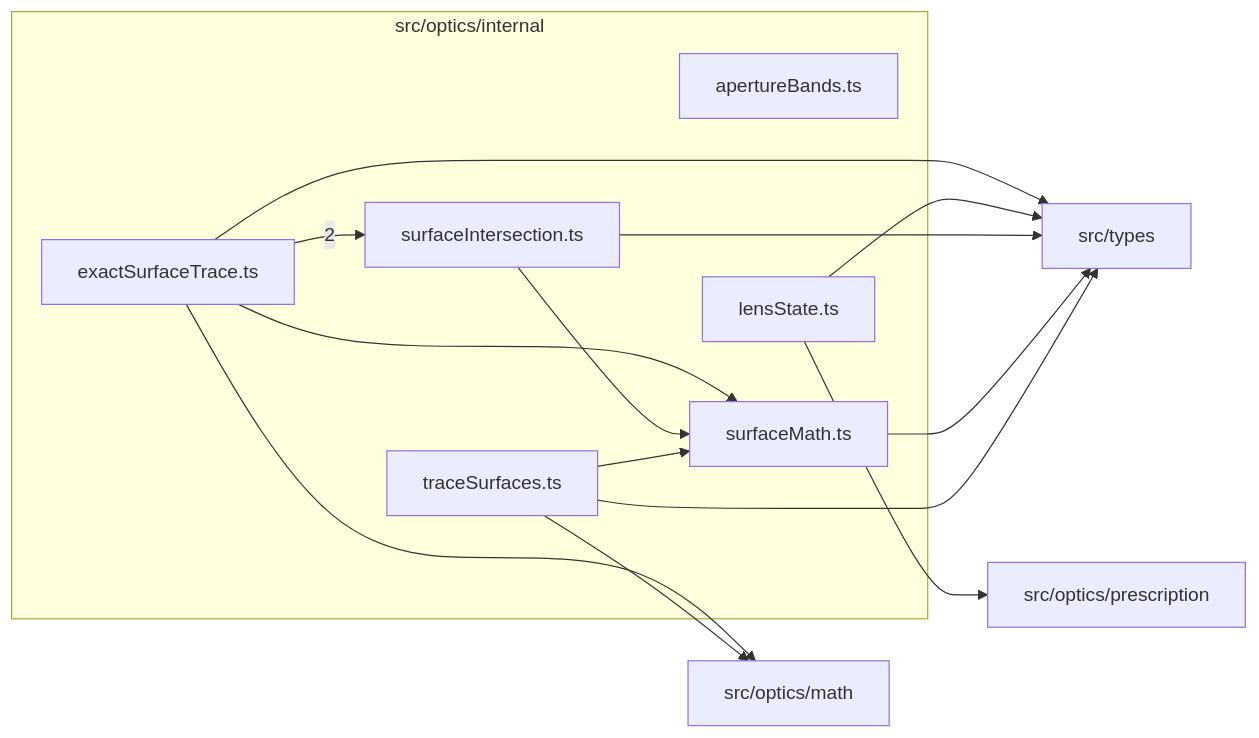
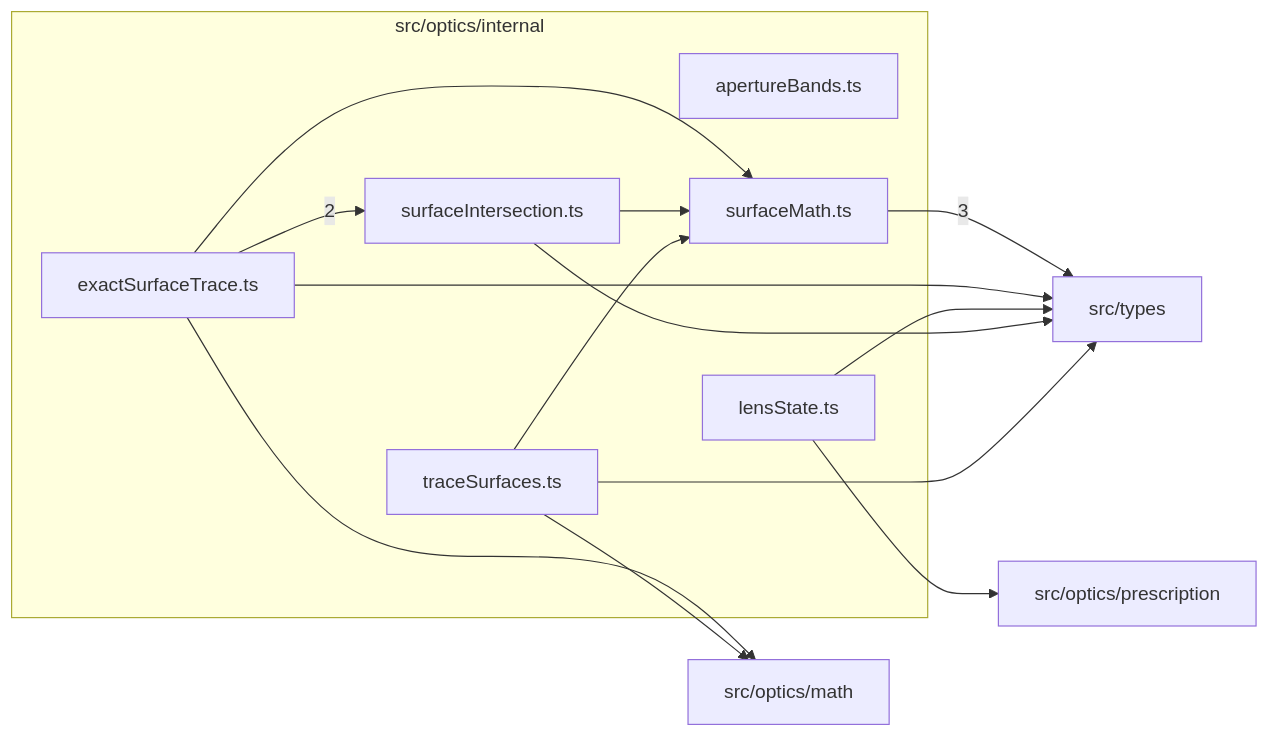
Before and after one commit to ronbuening/LensVisualizer: the diagram in src/optics/internal/readme.md, drawn with Mermaid. The commit also changed other lines of this file and 17 other files, not shown here.

First line of the commit message:
N5: single-source the aspheric coefficient schema

````diff
--- a/src/optics/internal/readme.md
+++ b/src/optics/internal/readme.md
@@ -9,26 +9,26 @@
 ```mermaid
 flowchart LR
   subgraph n_src_optics_internal["src/optics/internal"]
     n_src_optics_internal_src_optics_internal_apertureBands_ts["apertureBands.ts"]
     n_src_optics_internal_src_optics_internal_exactSurfaceTrace_ts["exactSurfaceTrace.ts"]
     n_src_optics_internal_src_optics_internal_lensState_ts["lensState.ts"]
     n_src_optics_internal_src_optics_internal_surfaceIntersection_ts["surfaceIntersection.ts"]
     n_src_optics_internal_src_optics_internal_surfaceMath_ts["surfaceMath.ts"]
     n_src_optics_internal_src_optics_internal_traceSurfaces_ts["traceSurfaces.ts"]
   end
+  n_external_src_types["src/types"]
   n_external_src_optics_math["src/optics/math"]
   n_external_src_optics_prescription["src/optics/prescription"]
-  n_external_src_types["src/types"]
+  n_src_optics_internal_src_optics_internal_surfaceMath_ts --> |3| n_external_src_types
   n_src_optics_internal_src_optics_internal_exactSurfaceTrace_ts --> |2| n_src_optics_internal_src_optics_internal_surfaceIntersection_ts
   n_src_optics_internal_src_optics_internal_exactSurfaceTrace_ts --> n_external_src_optics_math
   n_src_optics_internal_src_optics_internal_traceSurfaces_ts --> n_external_src_optics_math
   n_src_optics_internal_src_optics_internal_lensState_ts --> n_external_src_optics_prescription
   n_src_optics_internal_src_optics_internal_exactSurfaceTrace_ts --> n_external_src_types
   n_src_optics_internal_src_optics_internal_lensState_ts --> n_external_src_types
   n_src_optics_internal_src_optics_internal_surfaceIntersection_ts --> n_external_src_types
-  n_src_optics_internal_src_optics_internal_surfaceMath_ts --> n_external_src_types
   n_src_optics_internal_src_optics_internal_traceSurfaces_ts --> n_external_src_types
   n_src_optics_internal_src_optics_internal_exactSurfaceTrace_ts --> n_src_optics_internal_src_optics_internal_surfaceMath_ts
   n_src_optics_internal_src_optics_internal_surfaceIntersection_ts --> n_src_optics_internal_src_optics_internal_surfaceMath_ts
   n_src_optics_internal_src_optics_internal_traceSurfaces_ts --> n_src_optics_internal_src_optics_internal_surfaceMath_ts
 ```
````
